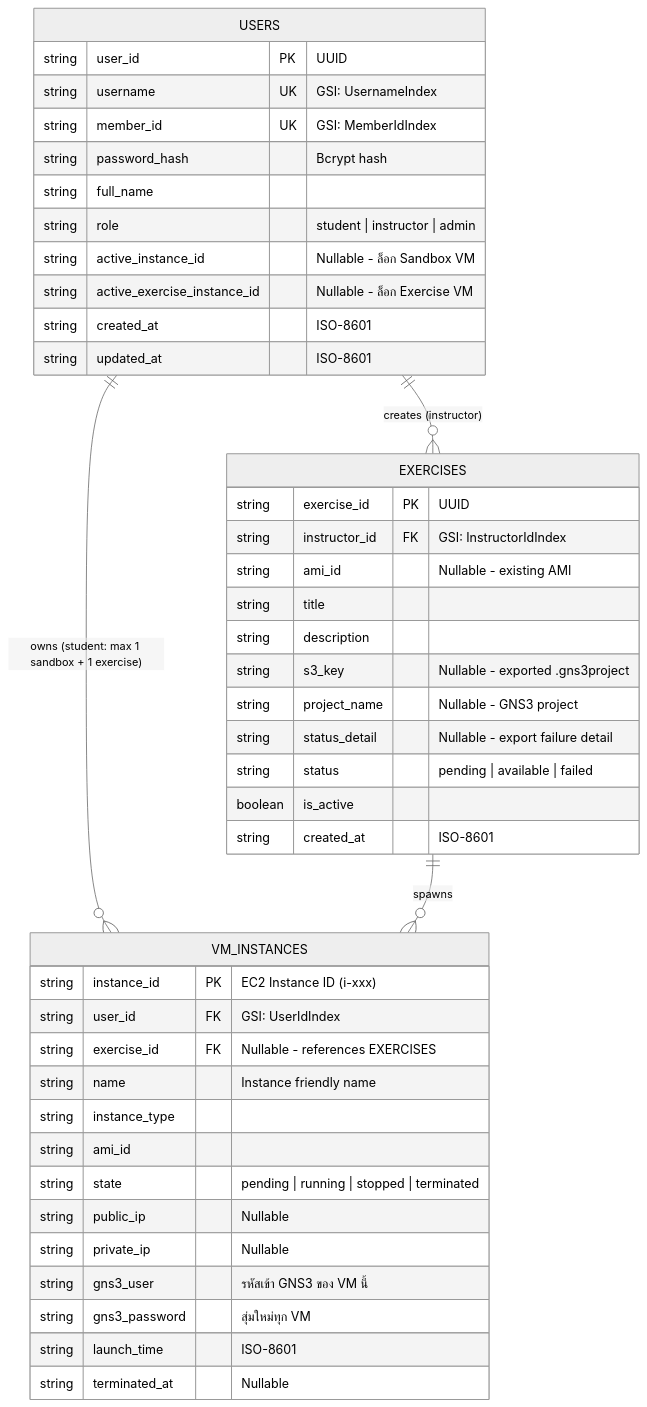
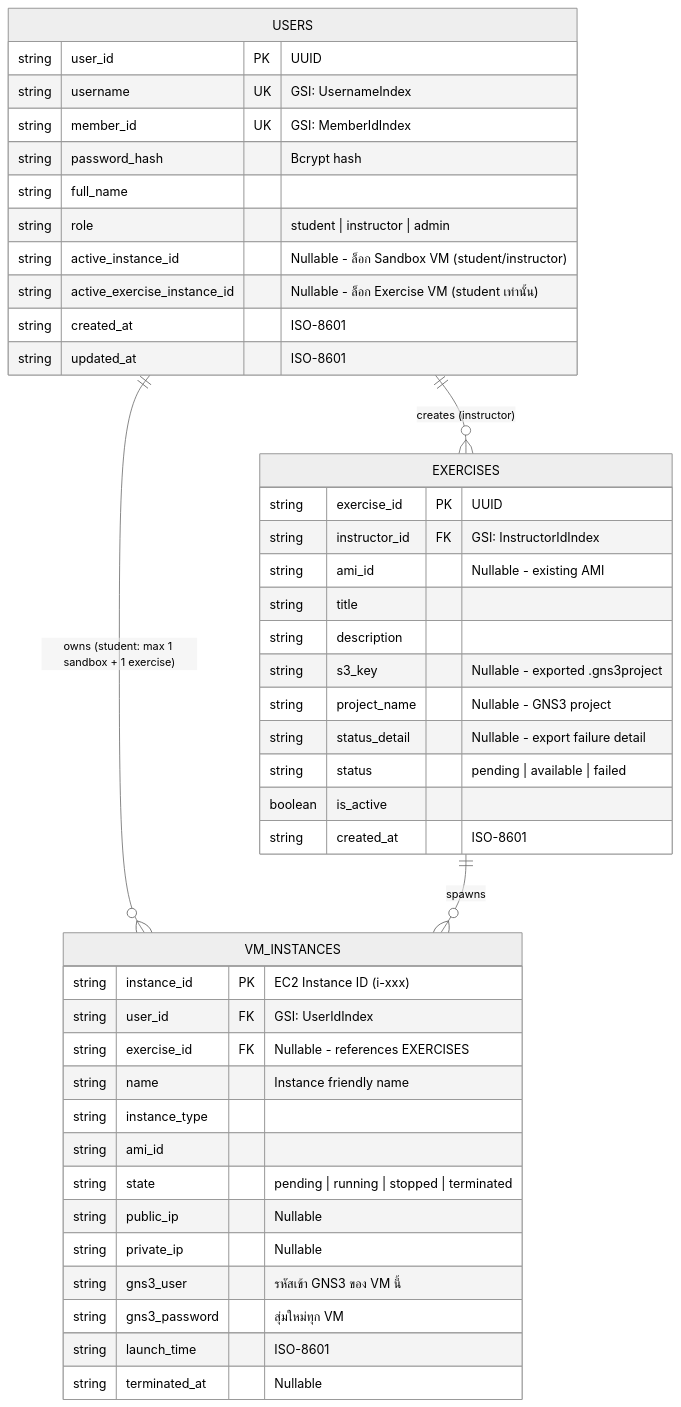
The diagram in backend/README.md (Kawaiiow/GNS3VM_Spawner), drawn with Mermaid (neutral theme) before and after one commit. The commit also changed other lines of this file and 2 other files, not shown here.

Commit message:
feat: limit instructor to 1 sandbox VM (show in /auth/me)

````diff
--- a/backend/README.md
+++ b/backend/README.md
@@ -61,49 +61,49 @@
 ```mermaid
 erDiagram
     USERS {
         string user_id PK "UUID"
         string username UK "GSI: UsernameIndex"
         string member_id UK "GSI: MemberIdIndex"
         string password_hash "Bcrypt hash"
         string full_name
         string role "student | instructor | admin"
-        string active_instance_id "Nullable - ล็อก Sandbox VM"
-        string active_exercise_instance_id "Nullable - ล็อก Exercise VM"
+        string active_instance_id "Nullable - ล็อก Sandbox VM (student/instructor)"
+        string active_exercise_instance_id "Nullable - ล็อก Exercise VM (student เท่านั้น)"
         string created_at "ISO-8601"
         string updated_at "ISO-8601"
     }
 
     VM_INSTANCES {
         string instance_id PK "EC2 Instance ID (i-xxx)"
         string user_id FK "GSI: UserIdIndex"
         string exercise_id FK "Nullable - references EXERCISES"
         string name "Instance friendly name"
         string instance_type
         string ami_id
         string state "pending | running | stopped | terminated"
         string public_ip "Nullable"
         string private_ip "Nullable"
         string gns3_user "รหัสเข้า GNS3 ของ VM นี้"
         string gns3_password "สุ่มใหม่ทุก VM"
         string launch_time "ISO-8601"
         string terminated_at "Nullable"
     }
 
     EXERCISES {
         string exercise_id PK "UUID"
         string instructor_id FK "GSI: InstructorIdIndex"
         string ami_id "Nullable - existing AMI"
         string title
         string description
         string s3_key "Nullable - exported .gns3project"
         string project_name "Nullable - GNS3 project"
         string status_detail "Nullable - export failure detail"
         string status "pending | available | failed"
         boolean is_active
         string created_at "ISO-8601"
     }
 
     USERS ||--o{ VM_INSTANCES : "owns (student: max 1 sandbox + 1 exercise)"
     USERS ||--o{ EXERCISES : "creates (instructor)"
     EXERCISES ||--o{ VM_INSTANCES : "spawns"
 ```
````
